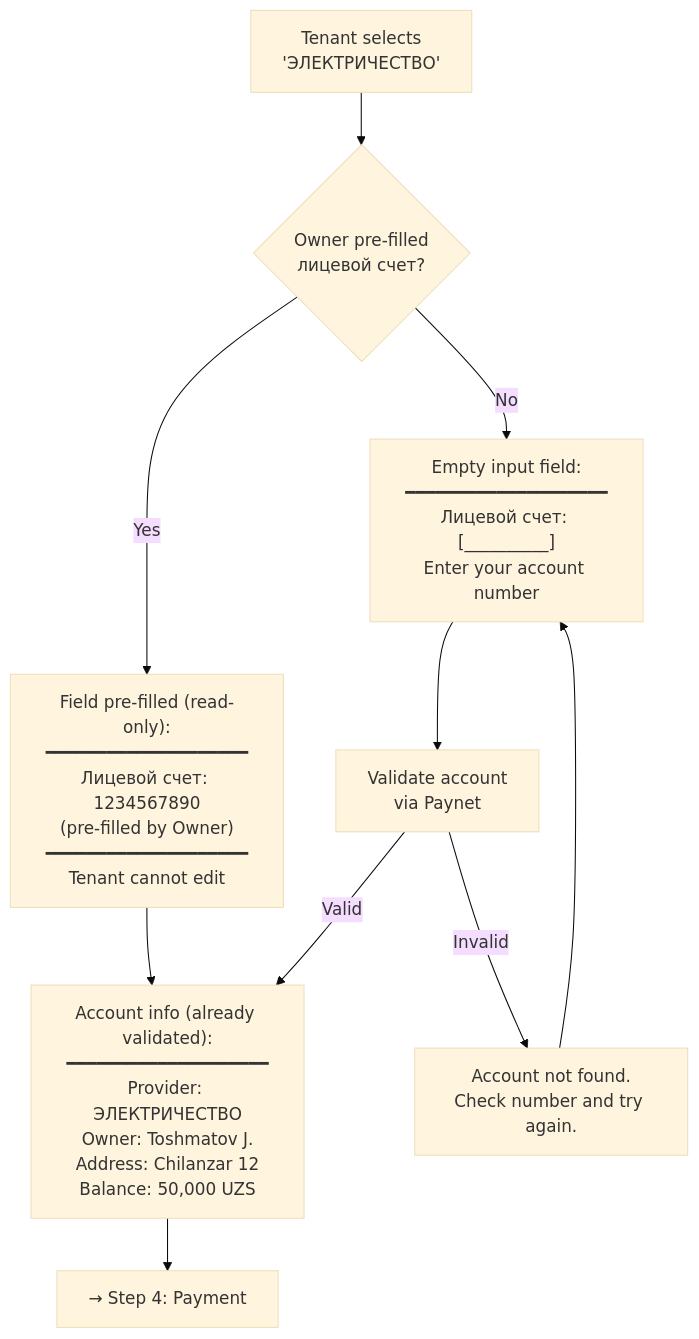
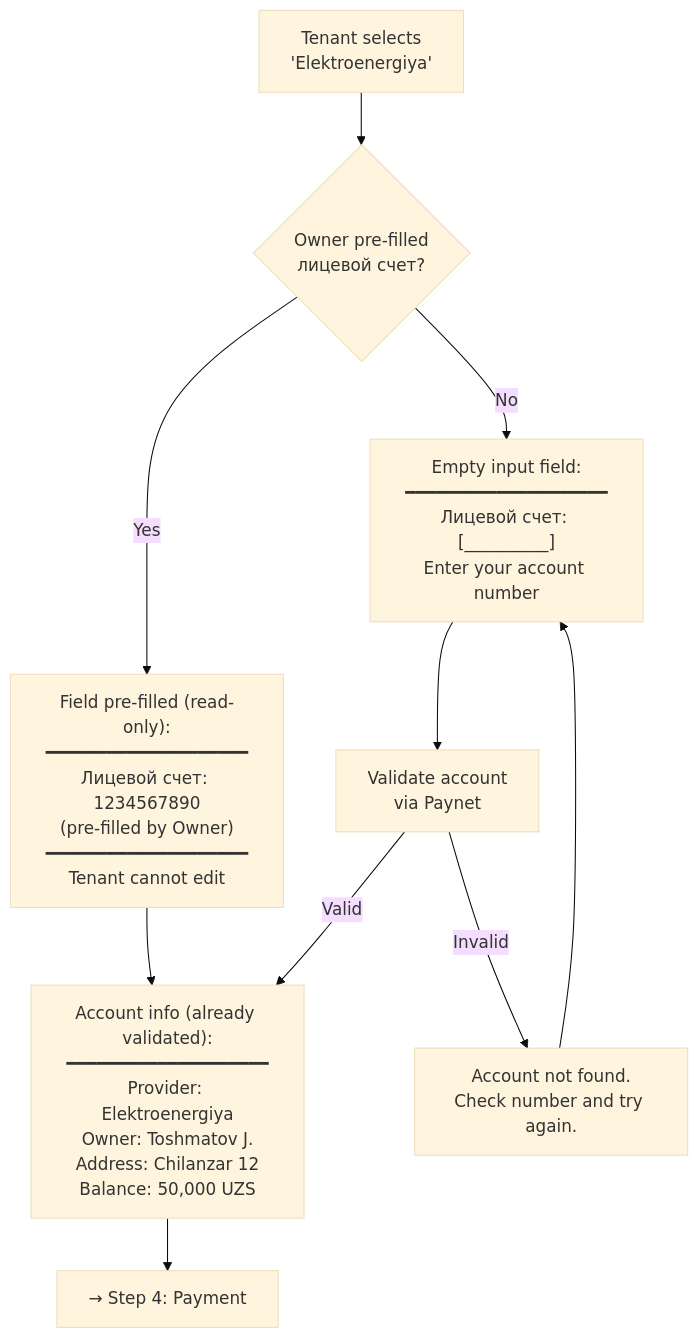
The fourth of 9 diagrams in utilities-payment-userflow.md (saodatm-dev/Utilities---Informational-Architecture), drawn with Mermaid (base theme) before and after one commit. The commit also changed other lines of this file and 1 other file, not shown here.

Commit message:
refactor: Localize utility names to Uzbek, consolidate feature tiers, remove payment service integration, and refine payment flow details.

````diff
--- a/utilities-payment-userflow.md
+++ b/utilities-payment-userflow.md
@@ -124,17 +124,17 @@
 ```mermaid
 flowchart TD
-    PROV["Tenant selects<br/>'ЭЛЕКТРИЧЕСТВО'"] --> CHECK{"Owner pre-filled<br/>лицевой счет?"}
+    PROV["Tenant selects<br/>'Elektroenergiya'"] --> CHECK{"Owner pre-filled<br/>лицевой счет?"}
 
     CHECK -->|"Yes"| PREFILLED["Field pre-filled (read-only):<br/>━━━━━━━━━━━━━━━━━━━━<br/>Лицевой счет: 1234567890<br/>(pre-filled by Owner)<br/>━━━━━━━━━━━━━━━━━━━━<br/>Tenant cannot edit"]
 
     CHECK -->|"No"| EMPTY["Empty input field:<br/>━━━━━━━━━━━━━━━━━━━━<br/>Лицевой счет: [__________]<br/>Enter your account number"]
 
-    PREFILLED --> FOUND["Account info (already validated):<br/>━━━━━━━━━━━━━━━━━━━━<br/>Provider: ЭЛЕКТРИЧЕСТВО<br/>Owner: Toshmatov J.<br/>Address: Chilanzar 12<br/>Balance: 50,000 UZS"]
+    PREFILLED --> FOUND["Account info (already validated):<br/>━━━━━━━━━━━━━━━━━━━━<br/>Provider: Elektroenergiya<br/>Owner: Toshmatov J.<br/>Address: Chilanzar 12<br/>Balance: 50,000 UZS"]
 
     EMPTY --> VALIDATE["Validate account<br/>via Paynet"]
     VALIDATE -->|"Valid"| FOUND
     VALIDATE -->|"Invalid"| NOTFOUND["Account not found.<br/>Check number and try again."]
     NOTFOUND --> EMPTY
 
     FOUND --> NEXT["→ Step 4: Payment"]
 ```
````
